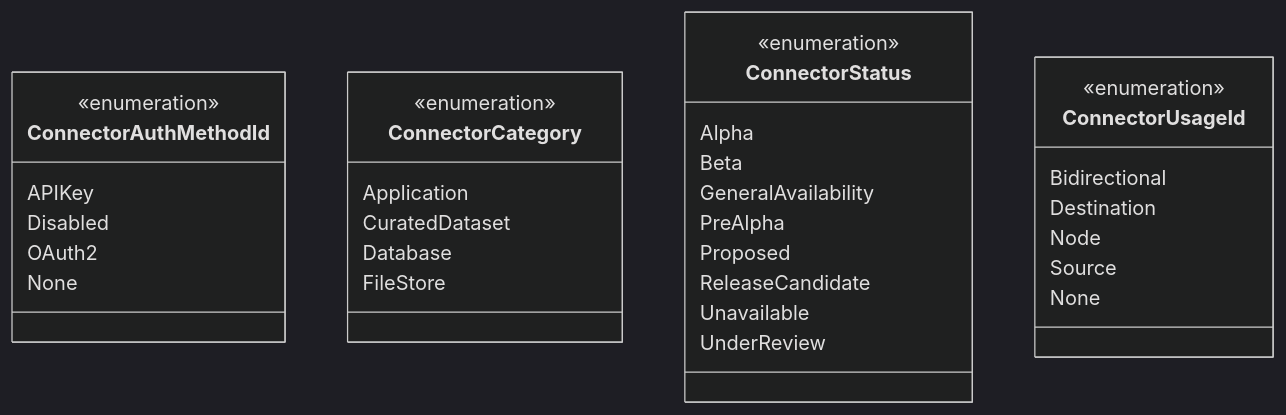
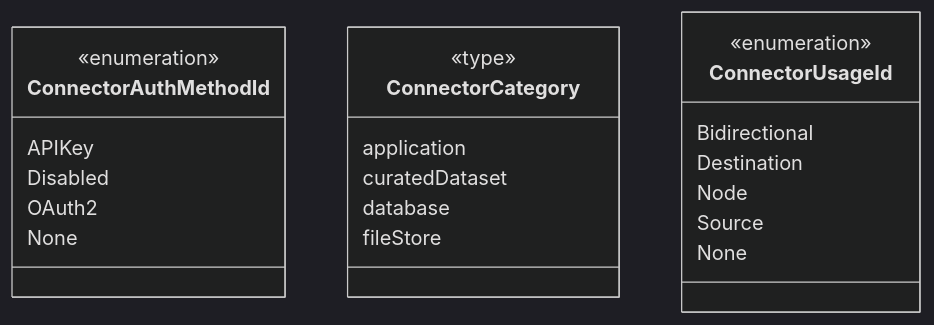
Before and after one commit to data-positioning/datapos-shared: the fifth of 11 diagrams in README.md, drawn with Mermaid (dark theme). The commit also changed other lines of this file and 6 other files, not shown here.

````diff
--- a/README.md
+++ b/README.md
@@ -183,41 +176,29 @@
 ```mermaid
 classDiagram
     direction TB
 
     class ConnectorAuthMethodId {
         <<enumeration>>
         APIKey
         Disabled
         OAuth2
         None
     }
 
     class ConnectorCategory {
-        <<enumeration>>
-        Application
-        CuratedDataset
-        Database
-        FileStore
-    }
-
-    class ConnectorStatus {
-        <<enumeration>>
-        Alpha
-        Beta
-        GeneralAvailability
-        PreAlpha
-        Proposed
-        ReleaseCandidate
-        Unavailable
-        UnderReview
+        <<type>>
+        application
+        curatedDataset
+        database
+        fileStore
     }
 
     class ConnectorUsageId {
         <<enumeration>>
         Bidirectional
         Destination
         Node
         Source
         None
     }
 ```
````
